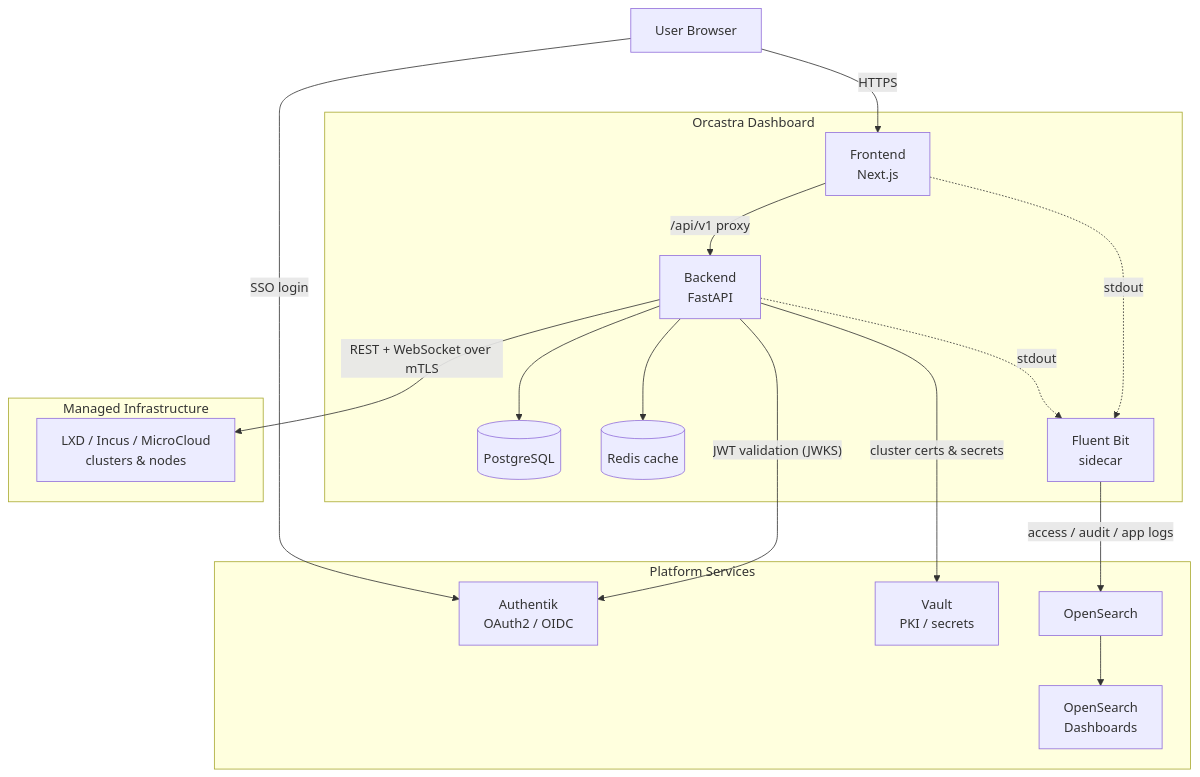
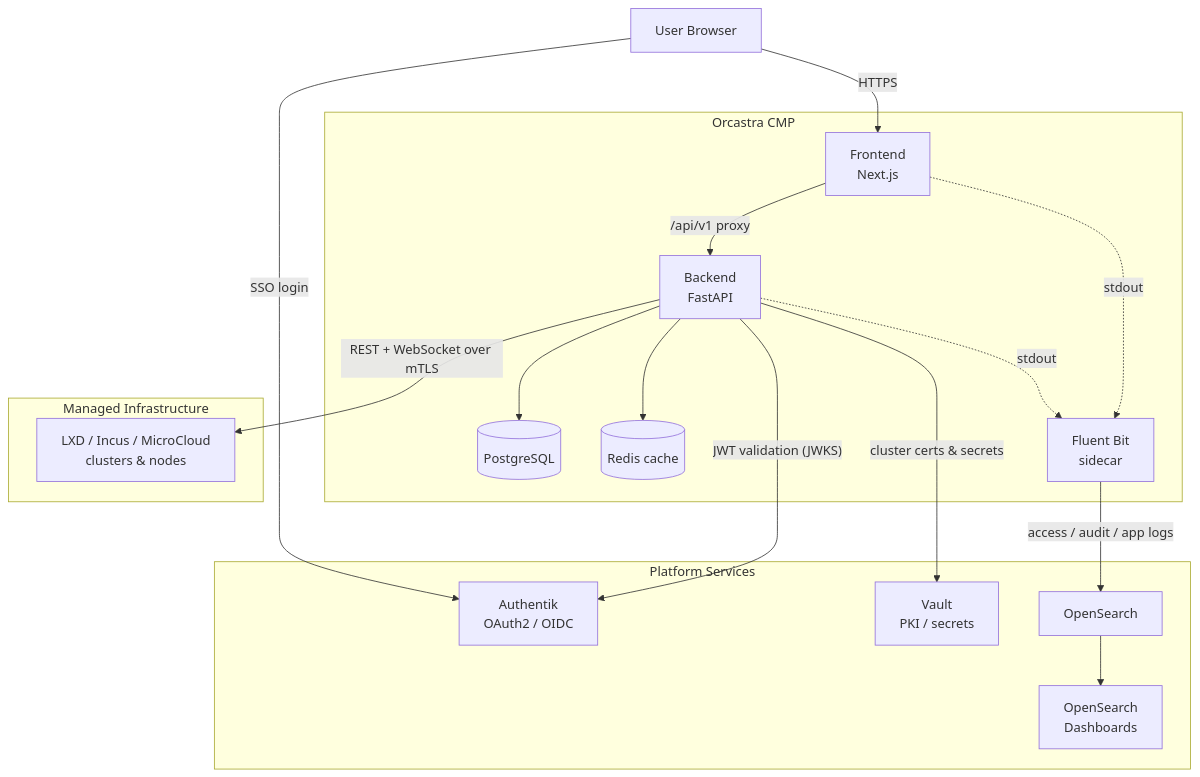
One commit to sctsivali/orcastra-cmp changed the diagram in README.md. Above: the diagram before and after it, drawn with Mermaid. The commit also changed other lines of this file, not shown here.

First line of the commit message:
docs(readme): name the product Orcastra CMP and carry the ORCA tagline

````diff
--- a/README.md
+++ b/README.md
@@ -106,36 +108,36 @@
 ```mermaid
 graph TB
     U["User Browser"]
 
-    subgraph dash["Orcastra Dashboard"]
+    subgraph dash["Orcastra CMP"]
         FE["Frontend<br/>Next.js"]
         BE["Backend<br/>FastAPI"]
         PG[("PostgreSQL")]
         RD[("Redis cache")]
         FB["Fluent Bit<br/>sidecar"]
     end
 
     subgraph platform["Platform Services"]
         AK["Authentik<br/>OAuth2 / OIDC"]
         VT["Vault<br/>PKI / secrets"]
         OS["OpenSearch"]
         OSD["OpenSearch<br/>Dashboards"]
     end
 
     subgraph managed["Managed Infrastructure"]
         LXD["LXD / Incus / MicroCloud<br/>clusters & nodes"]
     end
 
     U -->|"HTTPS"| FE
     U -->|"SSO login"| AK
     FE -->|"/api/v1 proxy"| BE
     BE --> PG
     BE --> RD
     BE -->|"JWT validation (JWKS)"| AK
     BE -->|"cluster certs & secrets"| VT
     BE -->|"REST + WebSocket over mTLS"| LXD
     BE -.->|"stdout"| FB
     FE -.->|"stdout"| FB
     FB -->|"access / audit / app logs"| OS
     OS --> OSD
 ```
````
